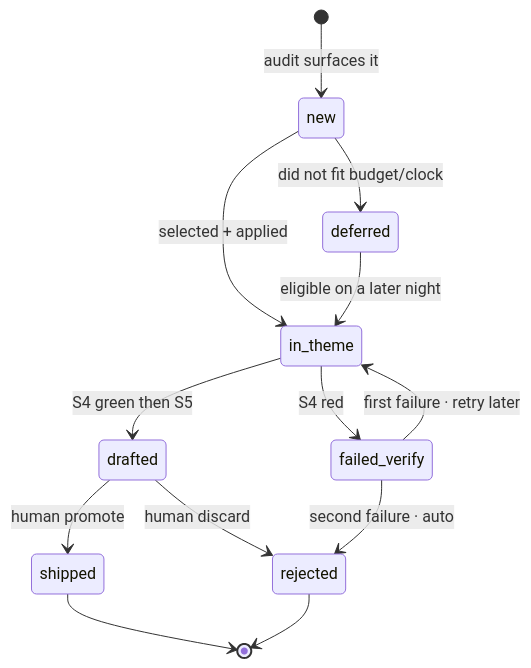
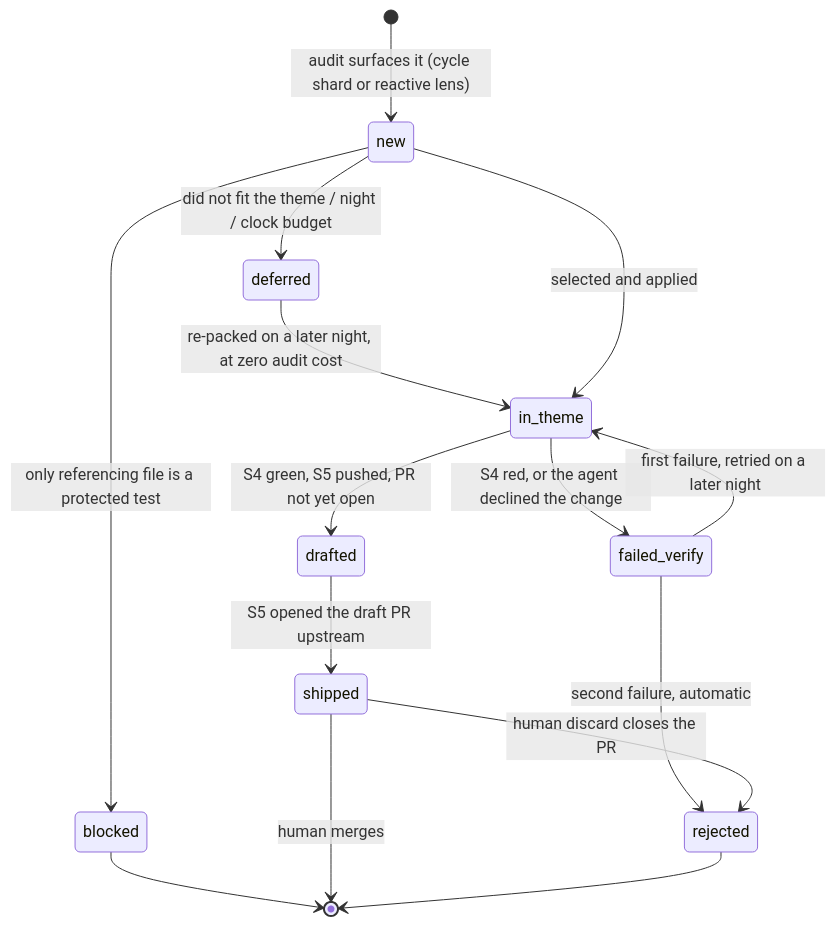
Before and after one commit to ayushmk7/NightShift: the third of 4 diagrams in WORKFLOW.md, drawn with Mermaid. The commit also changed other lines of this file and 5 other files, not shown here.

````diff
--- a/WORKFLOW.md
+++ b/WORKFLOW.md
@@ -164,15 +249,17 @@
 ```mermaid
 stateDiagram-v2
-    [*] --> new: audit surfaces it
-    new --> in_theme: selected + applied
-    new --> deferred: did not fit budget/clock
-    deferred --> in_theme: eligible on a later night
-    in_theme --> drafted: S4 green then S5
-    in_theme --> failed_verify: S4 red
-    failed_verify --> in_theme: first failure · retry later
-    failed_verify --> rejected: second failure · auto
-    drafted --> shipped: human promote
-    drafted --> rejected: human discard
-    shipped --> [*]
+    [*] --> new: audit surfaces it (cycle shard or reactive lens)
+    new --> deferred: did not fit the theme / night / clock budget
+    deferred --> in_theme: re-packed on a later night, at zero audit cost
+    new --> in_theme: selected and applied
+    new --> blocked: only referencing file is a protected test
+    in_theme --> drafted: S4 green, S5 pushed, PR not yet open
+    drafted --> shipped: S5 opened the draft PR upstream
+    in_theme --> failed_verify: S4 red, or the agent declined the change
+    failed_verify --> in_theme: first failure, retried on a later night
+    failed_verify --> rejected: second failure, automatic
+    shipped --> rejected: human discard closes the PR
+    blocked --> [*]
+    shipped --> [*]: human merges
     rejected --> [*]
 ```
````
